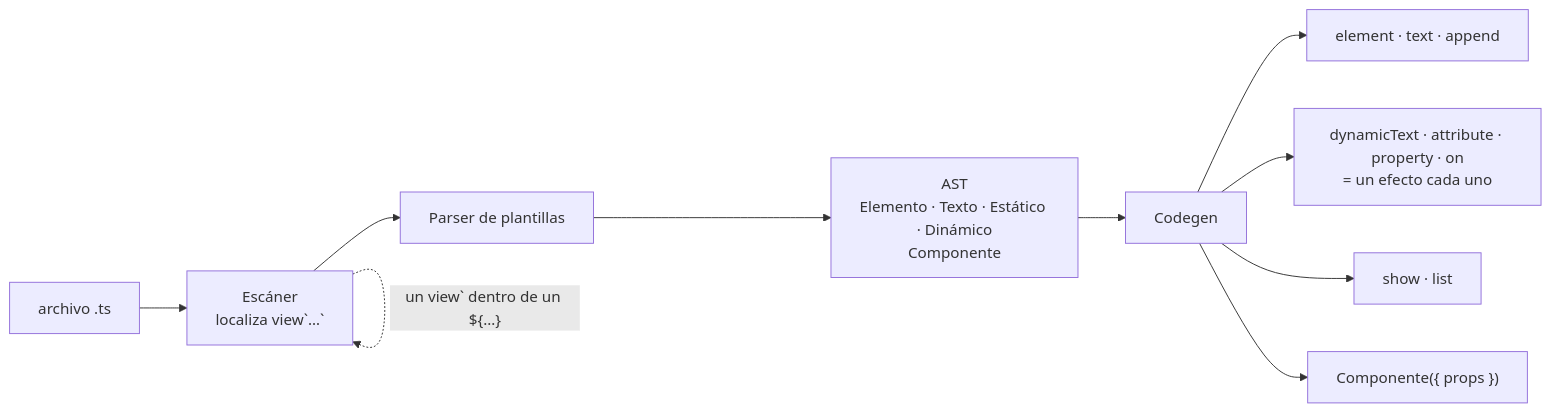
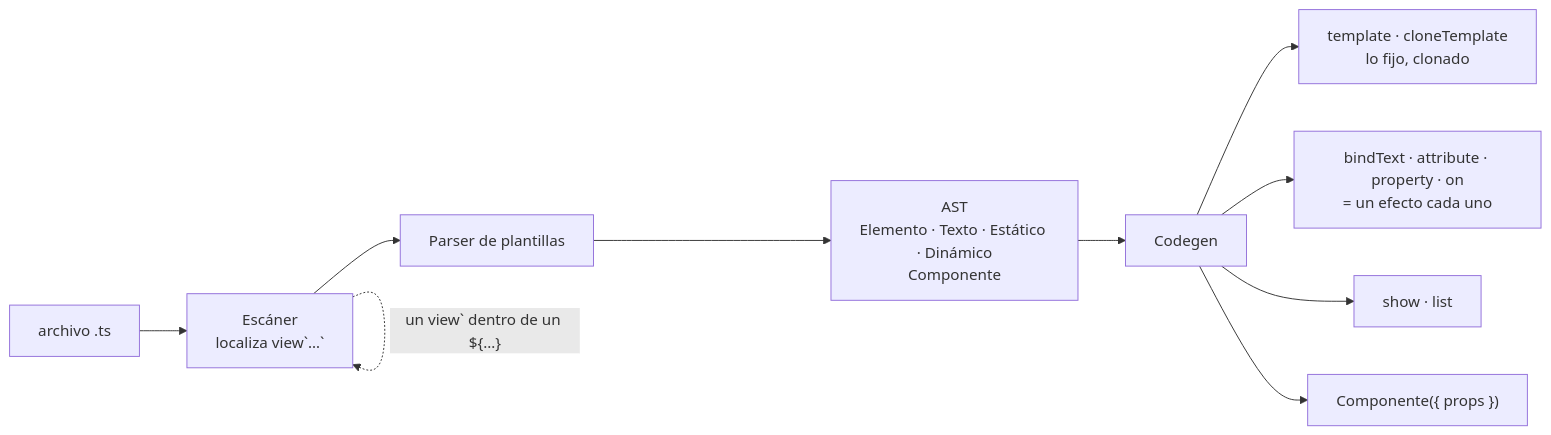
One commit to rvielma/ascua changed the diagram in docs/plantillas-ts.md. Above: the diagram before and after it, drawn with Mermaid. The commit also changed other lines of this file and 24 other files, not shown here.

````diff
--- a/docs/plantillas-ts.md
+++ b/docs/plantillas-ts.md
@@ -300,12 +300,12 @@
 ```mermaid
 flowchart LR
     ts["archivo .ts"] --> escaner["Escáner<br/>localiza view`…`"]
     escaner --> parser["Parser de plantillas"]
     parser --> ast["AST<br/>Elemento · Texto · Estático · Dinámico<br/>Componente"]
     ast --> codegen[Codegen]
-    codegen --> estat["element · text · append"]
-    codegen --> dinam["dynamicText · attribute · property · on<br/>= un efecto cada uno"]
+    codegen --> estat["template · cloneTemplate<br/>lo fijo, clonado"]
+    codegen --> dinam["bindText · attribute · property · on<br/>= un efecto cada uno"]
     codegen --> flujo["show · list"]
     codegen --> comp["Componente({ props })"]
     escaner -. "un view` dentro de un ${…}" .-> escaner
 ```
````
